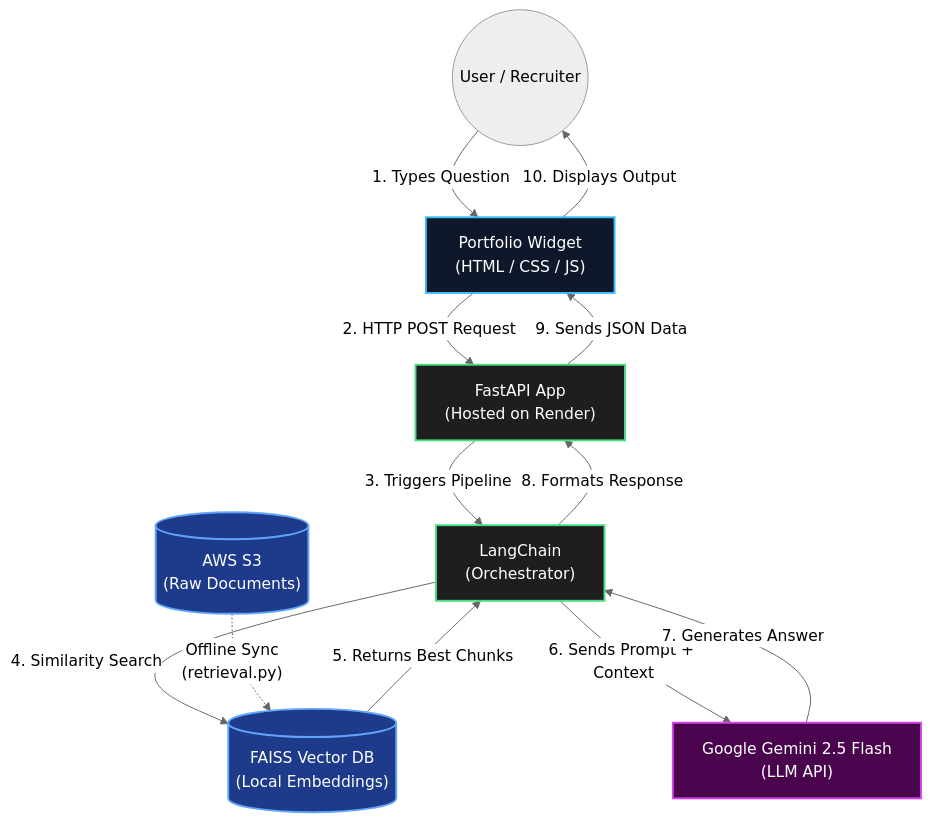
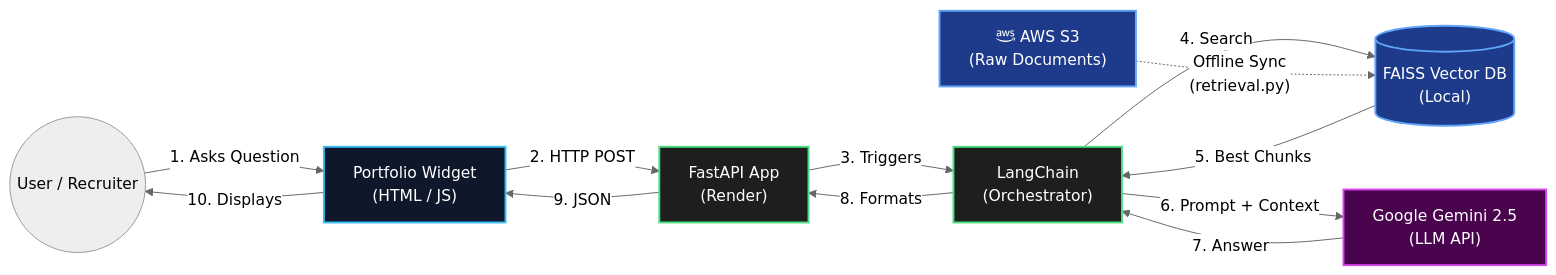
The diagram in README.md (kunaljtamhane/Portfolio_RAG_Chatbot-), drawn with Mermaid (neutral theme) before and after one commit.

Commit message:
Change graph direction and update node labels

````diff
--- a/README.md
+++ b/README.md
@@ -1,32 +1,32 @@
 ```mermaid
-graph TD
+graph LR
     %% Define Node Colors
     classDef frontend fill:#0f172a,stroke:#38bdf8,stroke-width:2px,color:#fff
     classDef backend fill:#1e1e1e,stroke:#4ade80,stroke-width:2px,color:#fff
     classDef database fill:#1e3a8a,stroke:#60a5fa,stroke-width:2px,color:#fff
     classDef ai fill:#4a044e,stroke:#d946ef,stroke-width:2px,color:#fff
 
     %% Define the Nodes
     User((User / Recruiter))
-    UI["Portfolio Widget\n(HTML / CSS / JS)"]:::frontend
-    API["FastAPI App\n(Hosted on Render)"]:::backend
+    UI["Portfolio Widget\n(HTML / JS)"]:::frontend
+    API["FastAPI App\n(Render)"]:::backend
     LC["LangChain\n(Orchestrator)"]:::backend
-    FAISS[("FAISS Vector DB\n(Local Embeddings)")]:::database
-    S3[("AWS S3\n(Raw Documents)")]:::database
-    Gemini["Google Gemini 2.5 Flash\n(LLM API)"]:::ai
+    FAISS[("FAISS Vector DB\n(Local)")]:::database
+    S3["fab:fa-aws AWS S3\n(Raw Documents)"]:::database
+    Gemini["Google Gemini 2.5\n(LLM API)"]:::ai
 
     %% Define the Data Flow
-    User -- "1. Types Question" --> UI
-    UI -- "2. HTTP POST Request" --> API
-    API -- "3. Triggers Pipeline" --> LC
-    LC -- "4. Similarity Search" --> FAISS
-    FAISS -- "5. Returns Best Chunks" --> LC
-    LC -- "6. Sends Prompt + Context" --> Gemini
-    Gemini -- "7. Generates Answer" --> LC
-    LC -- "8. Formats Response" --> API
-    API -- "9. Sends JSON Data" --> UI
-    UI -- "10. Displays Output" --> User
+    User -- "1. Asks Question" --> UI
+    UI -- "2. HTTP POST" --> API
+    API -- "3. Triggers" --> LC
+    LC -- "4. Search" --> FAISS
+    FAISS -- "5. Best Chunks" --> LC
+    LC -- "6. Prompt + Context" --> Gemini
+    Gemini -- "7. Answer" --> LC
+    LC -- "8. Formats" --> API
+    API -- "9. JSON" --> UI
+    UI -- "10. Displays" --> User
 
     %% Offline Data Flow
     S3 -. "Offline Sync\n(retrieval.py)" .-> FAISS
 ```
````
